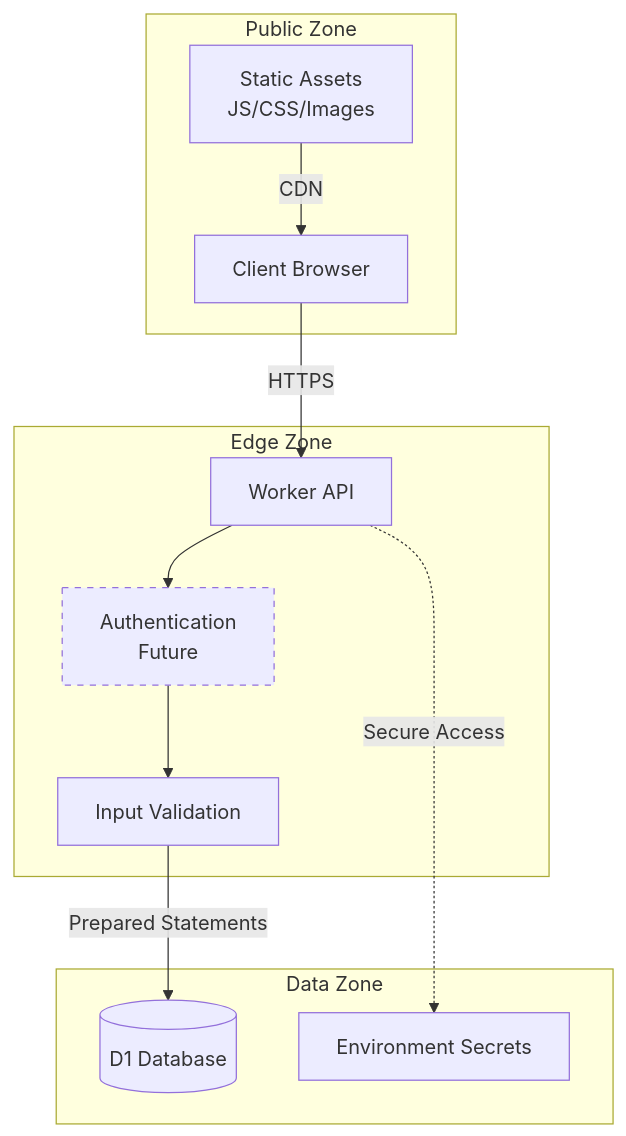
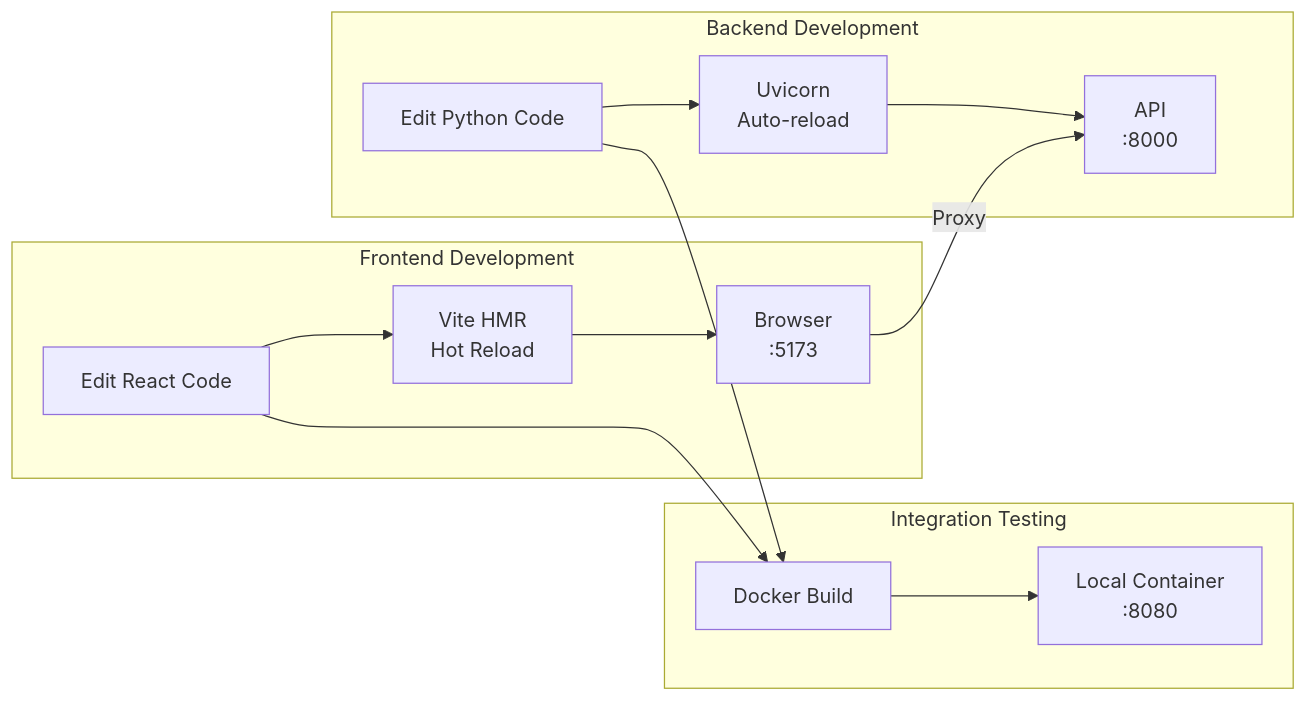
One commit to emily-flambe/web-app-starter-pack-gcp changed the ninth of 10 diagrams in .project/guidelines/core/architecture-diagrams.md. Above: the diagram before and after it, drawn with Mermaid. The commit also changed other lines of this file and 37 other files, not shown here.

First line of the commit message:
Add Google Cloud Run deployment with FastAPI + React starter (#5)

````diff
--- a/.project/guidelines/core/architecture-diagrams.md
+++ b/.project/guidelines/core/architecture-diagrams.md
@@ -264,27 +251,31 @@
 ```mermaid
-graph TB
-    subgraph "Public Zone"
-        Browser[Client Browser]
-        Static[Static Assets<br/>JS/CSS/Images]
+graph LR
+    subgraph "Frontend Development"
+        Edit1[Edit React Code]
+        HMR[Vite HMR<br/>Hot Reload]
+        Browser1[Browser<br/>:5173]
     end
     
-    subgraph "Edge Zone"
-        Worker[Worker API]
-        Auth[Authentication<br/>Future]
-        Validation[Input Validation]
+    subgraph "Backend Development"
+        Edit2[Edit Python Code]
+        Reload[Uvicorn<br/>Auto-reload]
+        API[API<br/>:8000]
     end
     
-    subgraph "Data Zone"
-        D1[(D1 Database)]
-        Secrets[Environment Secrets]
+    subgraph "Integration Testing"
+        Docker[Docker Build]
+        Local[Local Container<br/>:8080]
     end
     
-    Browser -->|HTTPS| Worker
-    Static -->|CDN| Browser
-    Worker --> Auth
-    Auth --> Validation
-    Validation -->|Prepared Statements| D1
-    Worker -.->|Secure Access| Secrets
+    Edit1 --> HMR
+    HMR --> Browser1
     
-    style Auth stroke-dasharray: 5 5
+    Edit2 --> Reload
+    Reload --> API
+    
+    Browser1 -->|Proxy| API
+    
+    Edit1 --> Docker
+    Edit2 --> Docker
+    Docker --> Local
 ```
````
